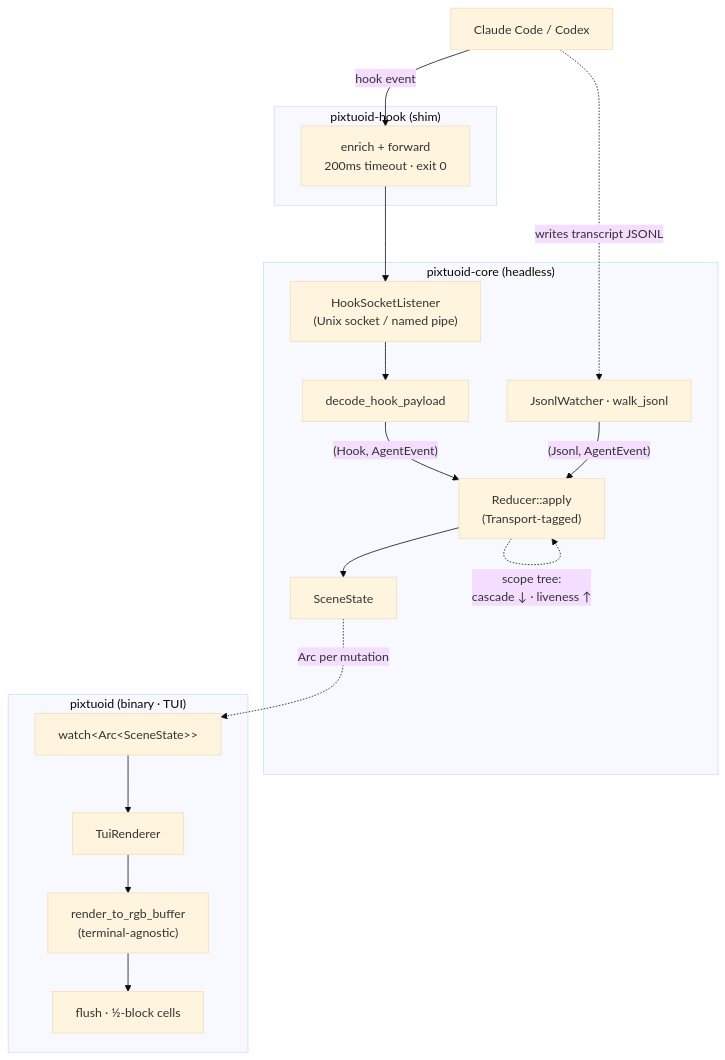
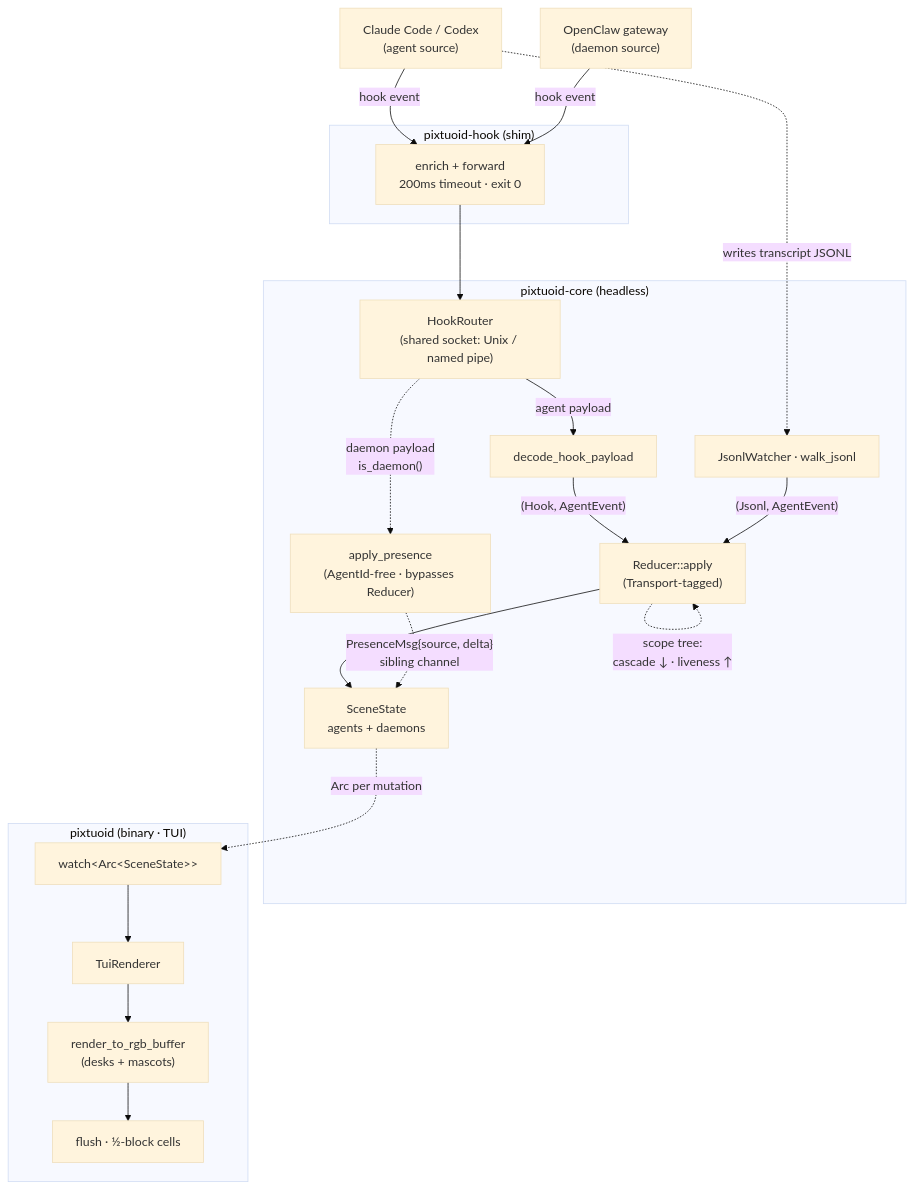
Before and after one commit to IvanWng97/pixtuoid: the diagram in docs/ARCHITECTURE.md, drawn with Mermaid (base theme). The commit also changed other lines of this file, not shown here.

First line of the commit message:
docs(architecture): add the daemon/OpenClaw lane to the overview

````diff
--- a/docs/ARCHITECTURE.md
+++ b/docs/ARCHITECTURE.md
@@ -33,36 +49,41 @@
 ```mermaid
 flowchart TB
   accTitle: pixtuoid data flow
-  accDescr: A hook or transcript event flows from Claude Code / Codex through the pixtuoid-hook shim and pixtuoid-core (socket listener, decoder, Transport-tagged reducer, scene state) into the pixtuoid TUI renderer's terminal-agnostic pixel pass and half-block flush.
-  CC["Claude Code / Codex"]
+  accDescr: A hook or transcript event flows from a coding agent (Claude Code, Codex) through the pixtuoid-hook shim into pixtuoid-core, where a HookRouter demuxes agent payloads to the Transport-tagged reducer and SceneState.agents. A daemon gateway (OpenClaw) shares the same shim and socket but is routed instead to apply_presence and SceneState.daemons over a sibling channel that bypasses the reducer. The pixtuoid TUI renderer then paints the whole scene through a terminal-agnostic pixel pass and a half-block flush.
+  CC["Claude Code / Codex<br/>(agent source)"]
+  OC["OpenClaw gateway<br/>(daemon source)"]
 
   subgraph hook["pixtuoid-hook (shim)"]
     SH["enrich + forward<br/>200ms timeout · exit 0"]
   end
 
   subgraph core["pixtuoid-core (headless)"]
-    L["HookSocketListener<br/>(Unix socket / named pipe)"]
+    L["HookRouter<br/>(shared socket: Unix / named pipe)"]
     D["decode_hook_payload"]
     J["JsonlWatcher · walk_jsonl"]
     R["Reducer::apply<br/>(Transport-tagged)"]
-    S["SceneState"]
-    L --> D
+    AP["apply_presence<br/>(AgentId-free · bypasses Reducer)"]
+    S["SceneState<br/>agents + daemons"]
+    L -->|agent payload| D
+    L -.->|"daemon payload<br/>is_daemon()"| AP
     D -->|"(Hook, AgentEvent)"| R
     J -->|"(Jsonl, AgentEvent)"| R
     R --> S
+    AP -.->|"PresenceMsg{source, delta}<br/>sibling channel"| S
     R -.->|"scope tree:<br/>cascade ↓ · liveness ↑"| R
   end
 
   subgraph bin["pixtuoid (binary · TUI)"]
     W["watch&lt;Arc&lt;SceneState&gt;&gt;"]
     TR["TuiRenderer"]
-    PX["render_to_rgb_buffer<br/>(terminal-agnostic)"]
+    PX["render_to_rgb_buffer<br/>(desks + mascots)"]
     FL["flush · ½-block cells"]
     W --> TR --> PX --> FL
   end
 
   CC -->|hook event| SH
+  OC -->|hook event| SH
   SH --> L
   CC -.->|writes transcript JSONL| J
   S -. Arc per mutation .-> W
 ```
````
